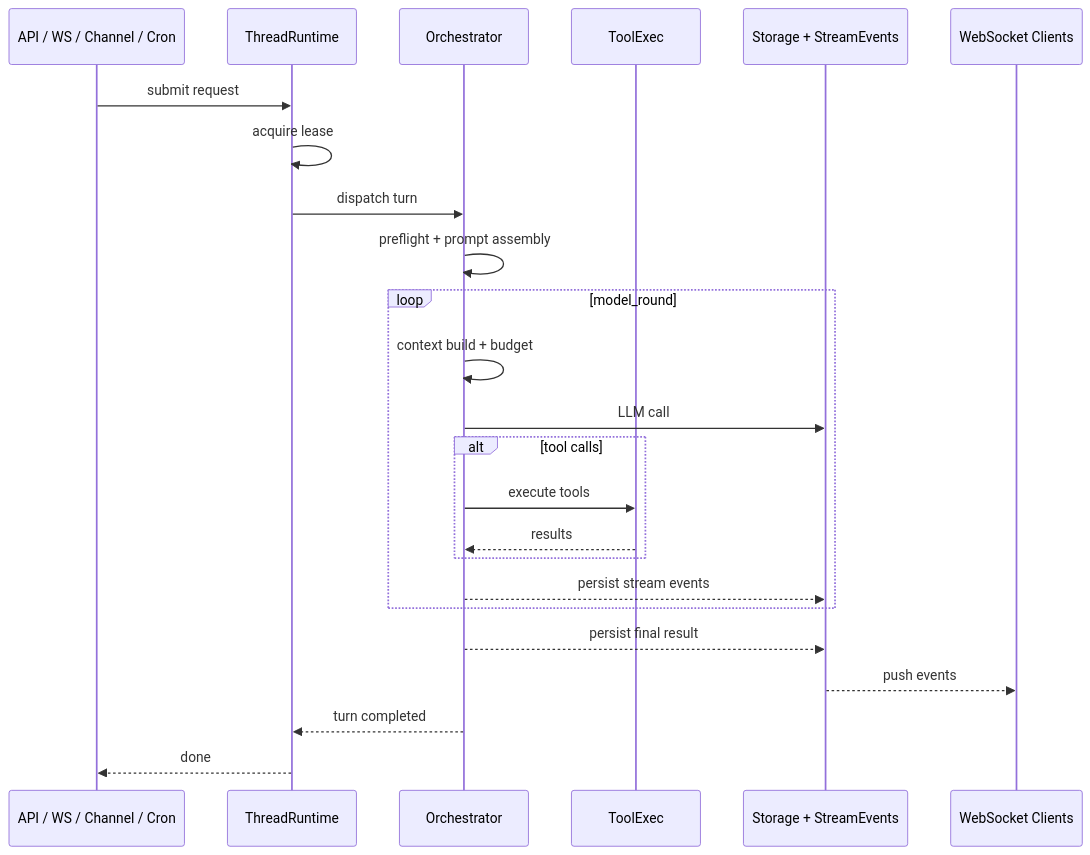
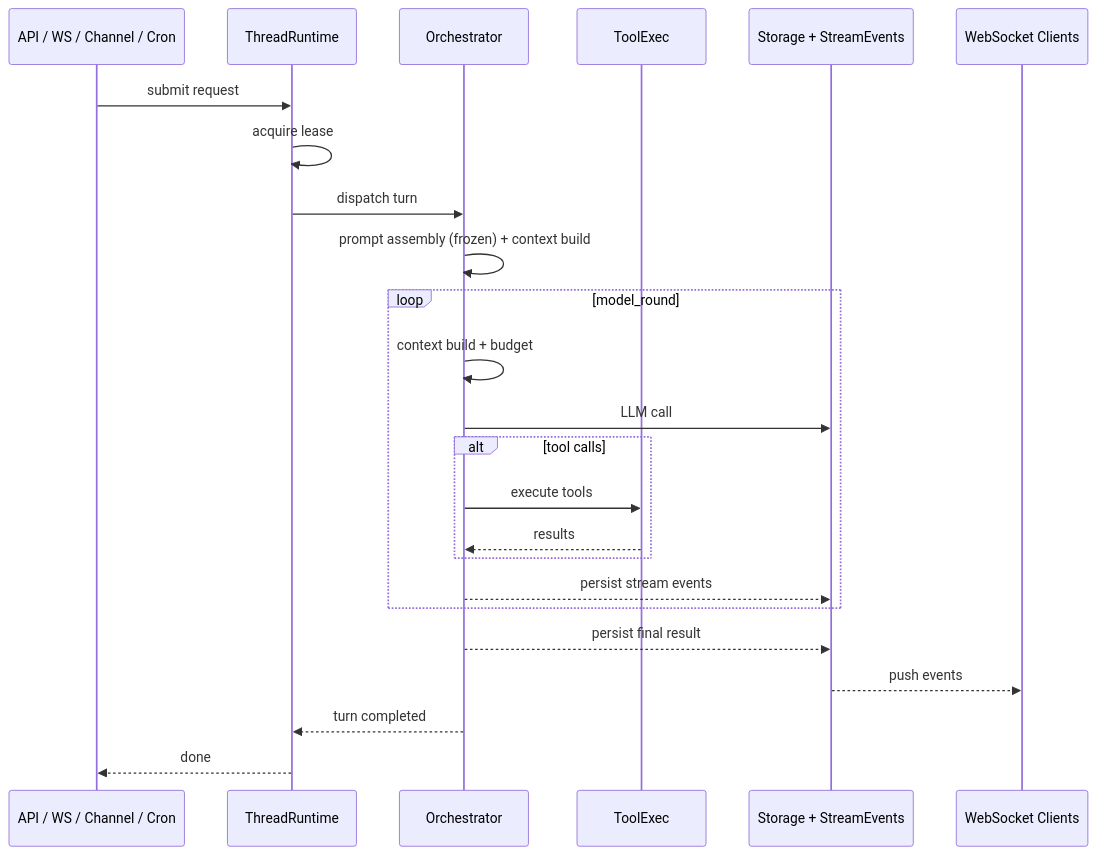
Before and after one commit to ylsdamxssjxxdd/wunder: the third of 3 diagrams in docs/设计文档/02-智能体核心设计.md, drawn with Mermaid. The commit also changed other lines of this file and 70 other files, not shown here.

````diff
--- a/docs/设计文档/02-智能体核心设计.md
+++ b/docs/设计文档/02-智能体核心设计.md
@@ -179,27 +158,27 @@
 ```mermaid
 sequenceDiagram
   participant Ingress as API / WS / Channel / Cron
   participant Thread as ThreadRuntime
   participant Orch as Orchestrator
   participant Tools as ToolExec
   participant Store as Storage + StreamEvents
   participant WS as WebSocket Clients
 
   Ingress->>Thread: submit request
   Thread->>Thread: acquire lease
   Thread->>Orch: dispatch turn
-  Orch->>Orch: preflight + prompt assembly
+  Orch->>Orch: prompt assembly (frozen) + context build
   loop model_round
     Orch->>Orch: context build + budget
     Orch->>Store: LLM call
     alt tool calls
       Orch->>Tools: execute tools
       Tools-->>Orch: results
     end
     Orch-->>Store: persist stream events
   end
   Orch-->>Store: persist final result
   Store-->>WS: push events
   Orch-->>Thread: turn completed
   Thread-->>Ingress: done
 ```
````
